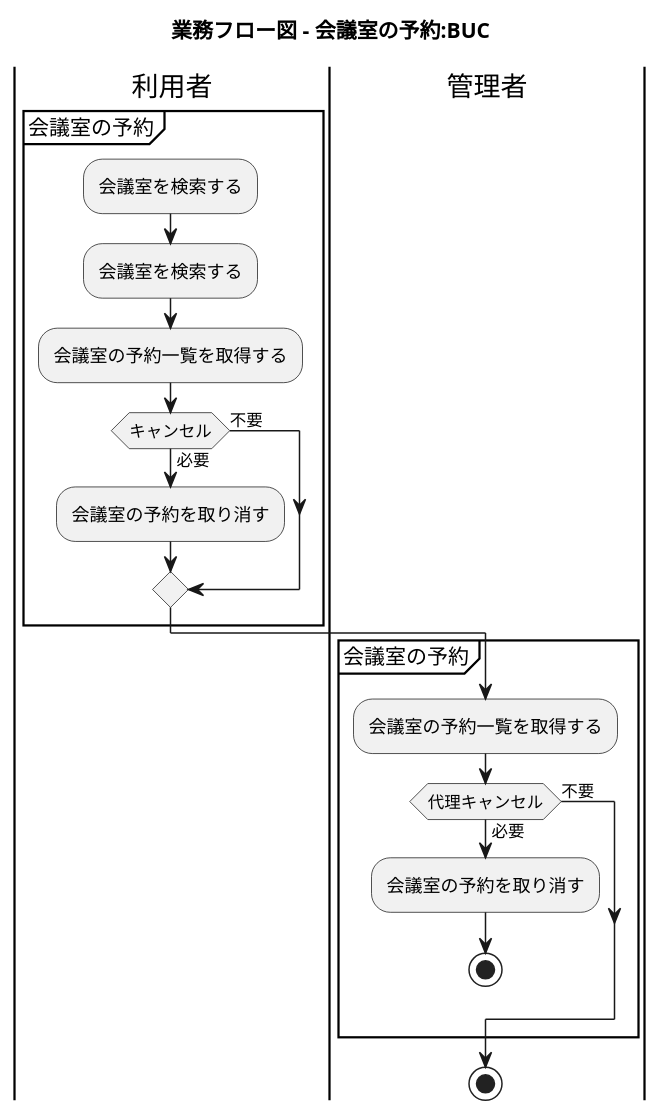
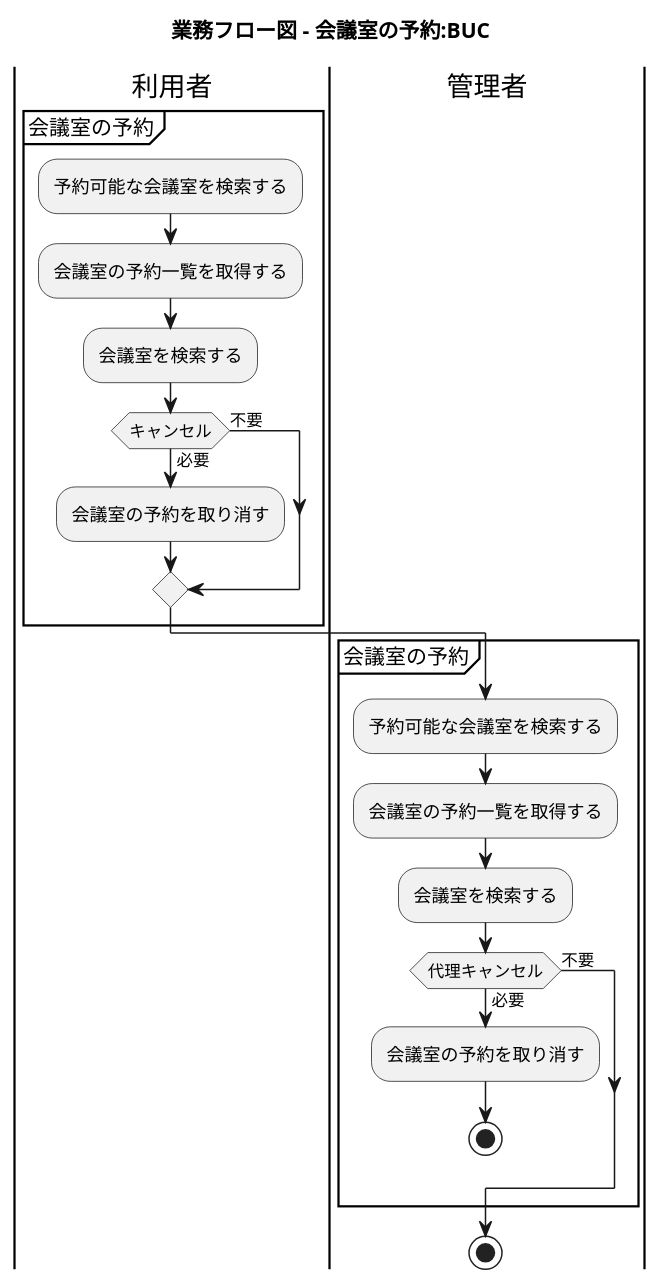
Before and after one commit to k2works/case-study-mrs: the sixth of 16 diagrams in docs/index.adoc, drawn with PlantUML. The commit also changed other lines of this file, not shown here.

Commit message:
docs: ユースケース修正

```diff
--- a/docs/index.adoc
+++ b/docs/index.adoc
@@ -181,30 +181,32 @@
 [plantuml]
 ----
 @startuml
 
 title 業務フロー図 - 会議室の予約:BUC
 
 |利用者|
 partition 会議室の予約 {
+  :予約可能な会議室を検索する;
+  :会議室の予約一覧を取得する;
   :会議室を検索する;
-  :会議室を検索する;
-  :会議室の予約一覧を取得する;
    if (キャンセル) then (必要)
     :会議室の予約を取り消す;
    else (不要)
    endif
 }
 
 |管理者|
 partition 会議室の予約 {
+   :予約可能な会議室を検索する;
    :会議室の予約一覧を取得する;
+   :会議室を検索する;
    if (代理キャンセル) then (必要)
     :会議室の予約を取り消す;
    stop
    else (不要)
    endif
 }
 stop
 
 @enduml
 ----
```
